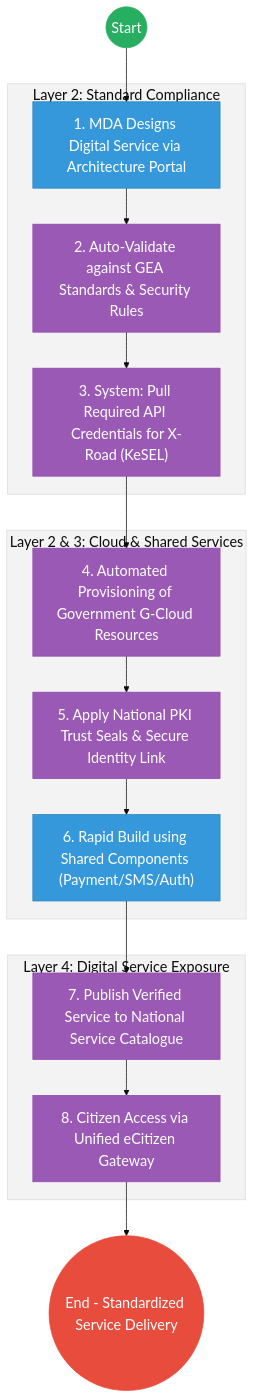
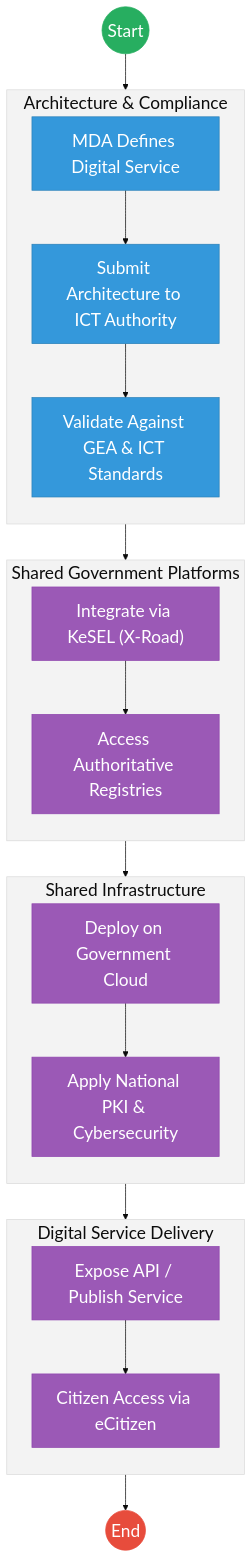
One commit to BITZ-IT-Consulting-LTD/ictapoc changed the second of 2 diagrams in mdas/docs_final/priority_mdas/ICT_Authority___Service_Delivery.md. Above: the diagram before and after it, drawn with Mermaid. The commit also changed other lines of this file and 90 other files, not shown here.

````diff
--- a/mdas/docs_final/priority_mdas/ICT_Authority___Service_Delivery.md
+++ b/mdas/docs_final/priority_mdas/ICT_Authority___Service_Delivery.md
@@ -112,33 +163,41 @@
 ```mermaid
-%%{init: { 'theme': 'base', 'themeVariables': { 'fontSize': '20px', 'fontFamily': 'Inter, system-ui, sans-serif', 'primaryColor': '#ffffff', 'edgeLabelBackground':'#ffffff', 'tertiaryColor': '#f3f3f3', 'mainBkg': '#ffffff', 'nodeBorder': '#333333' } } }%%
-flowchart TD
-    Start((Start)) --> Portal["1. MDA Designs Digital Service via Architecture Portal"]
+%%{init: { 'theme': 'base', 'themeVariables': { 'fontSize': '24px', 'fontFamily': 'Inter, system-ui, sans-serif', 'primaryColor': '#ffffff', 'edgeLabelBackground':'#ffffff', 'tertiaryColor': '#f3f3f3', 'mainBkg': '#ffffff', 'nodeBorder': '#333333' } } }%%
+graph TD
+    Start((Start)) --> Service["MDA Defines Digital Service"]
     
-    subgraph Trust_Hub["Layer 2: Standard Compliance"]
-        Portal --> Validate["2. Auto-Validate against GEA Standards & Security Rules"]
-        Validate --> Interop["3. System: Pull Required API Credentials for X-Road (KeSEL)"]
+    subgraph Architecture["Architecture & Compliance"]
+        direction TB
+        Service --> GEA["Submit Architecture to ICT Authority"]
+        GEA --> Validate["Validate Against GEA & ICT Standards"]
     end
+    
+    subgraph Platform["Shared Government Platforms"]
+        direction TB
+        Validate --> Bridge["Integrate via KeSEL (X-Road)"]
+        Bridge --> Registry["Access Authoritative Registries"]
+    end
+    
+    subgraph Infrastructure["Shared Infrastructure"]
+        direction TB
+        Registry --> Cloud["Deploy on Government Cloud"]
+        Cloud --> Security["Apply National PKI & Cybersecurity"]
+    end
+    
+    subgraph Delivery["Digital Service Delivery"]
+        direction TB
+        Security --> Portal["Expose API / Publish Service"]
+        Portal --> Citizen["Citizen Access via eCitizen"]
+    end
+    
+    Citizen --> End((End))
 
-    subgraph Operations["Layer 2 & 3: Cloud & Shared Services"]
-        Interop --> Cloud["4. Automated Provisioning of Government G-Cloud Resources"]
-        Cloud --> NPKI["5. Apply National PKI Trust Seals & Secure Identity Link"]
-        NPKI --> Build["6. Rapid Build using Shared Components (Payment/SMS/Auth)"]
-    end
+    classDef start fill:#27ae60,stroke:#27ae60,color:#fff,font-size:24px,font-size:24px;;
+    classDef endNode fill:#e74c3c,stroke:#e74c3c,color:#fff,font-size:24px,font-size:24px;;
+    classDef userTask fill:#3498db,stroke:#2980b9,color:#fff,font-size:24px,font-size:24px;;
+    classDef serviceTask fill:#9b59b6,stroke:#8e44ad,color:#fff,font-size:24px,font-size:24px;;
 
-    subgraph Settlement["Layer 4: Digital Service Exposure"]
-        Build --> Publish["7. Publish Verified Service to National Service Catalogue"]
-        Publish --> Citizen["8. Citizen Access via Unified eCitizen Gateway"]
-    end
-
-    Citizen --> EndProcess(("End - Standardized Service Delivery"))
-
-    classDef start fill:#27ae60,stroke:#27ae60,color:#fff,font-size:20px;;
-    classDef endNode fill:#e74c3c,stroke:#e74c3c,color:#fff,font-size:20px;;
-    classDef userTask fill:#3498db,stroke:#2980b9,color:#fff,font-size:20px;;
-    classDef serviceTask fill:#9b59b6,stroke:#8e44ad,color:#fff,font-size:20px;;
-    
     class Start start;
-    class EndProcess endNode;
-    class Portal,Build userTask;
-    class Validate,Interop,Cloud,NPKI,Publish,Citizen serviceTask;
+    class End endNode;
+    class Service,GEA,Validate userTask;
+    class Bridge,Registry,Cloud,Security,Portal,Citizen serviceTask;
 ```
````
